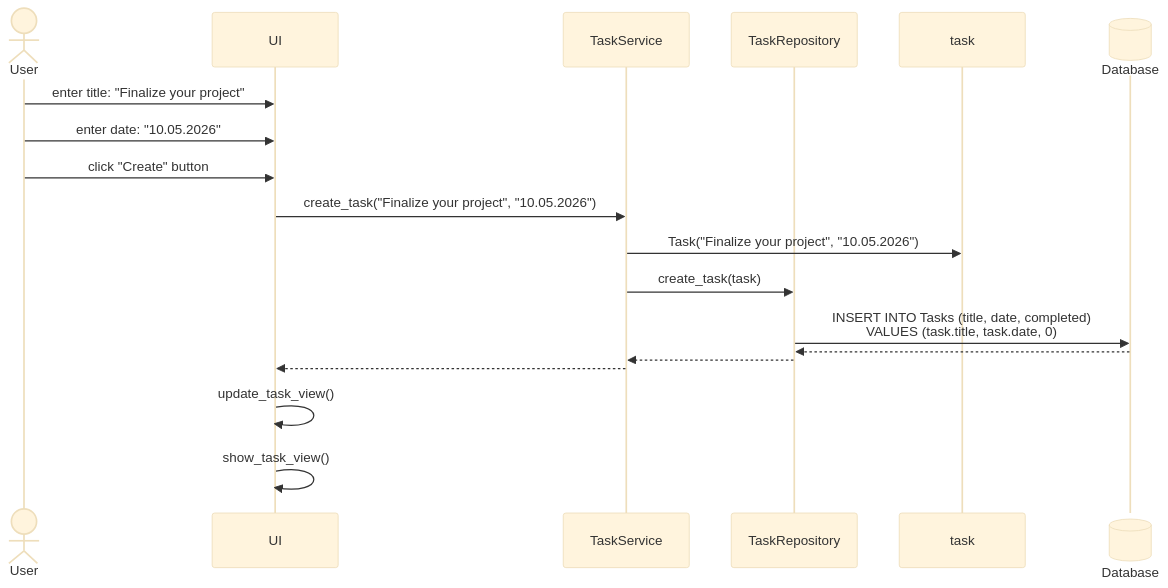
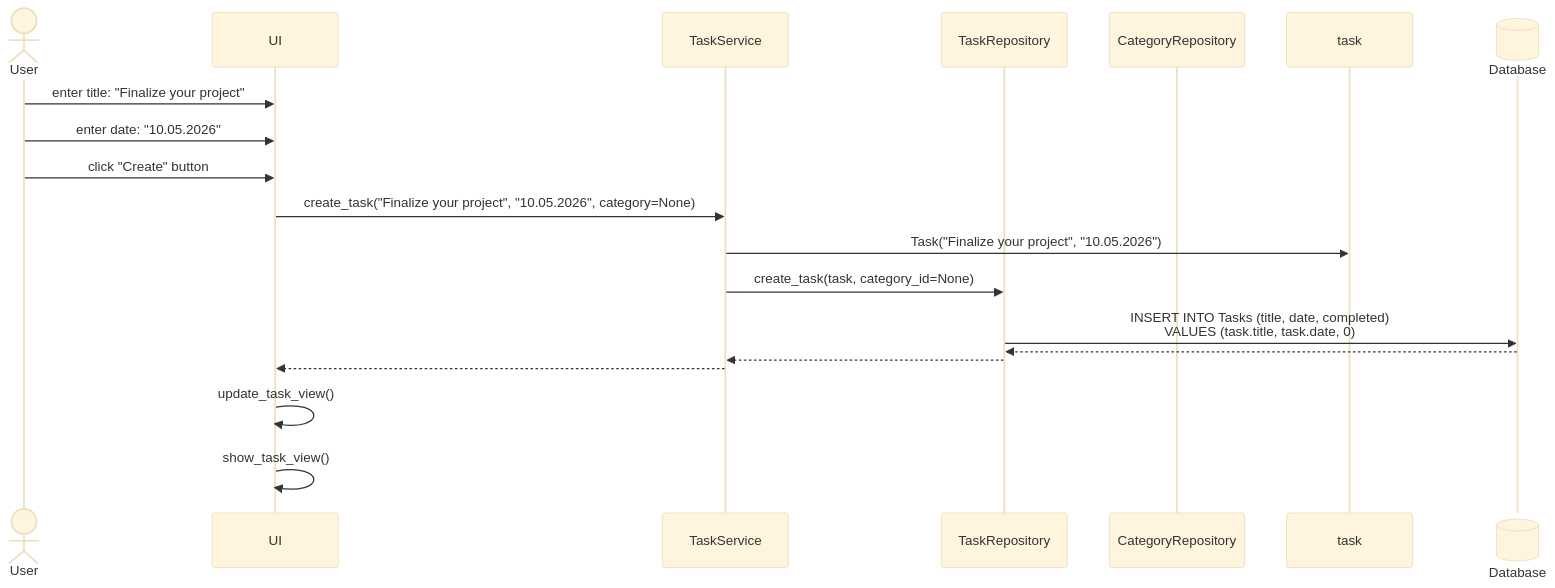
The second of 3 diagrams in dokumentaatio/arkkitehtuuri.md (eesalor/ot-harjoitustyo), drawn with Mermaid (base theme) before and after one commit. The commit also changed other lines of this file, not shown here.

Commit message:
Update arkkitehtuuri.md: Update sequence diagrams and add description of program functionality

````diff
--- a/dokumentaatio/arkkitehtuuri.md
+++ b/dokumentaatio/arkkitehtuuri.md
@@ -64,22 +64,23 @@
 ```mermaid
 sequenceDiagram
   actor User
   participant UI
   participant TaskService
   participant TaskRepository
+  participant CategoryRepository
   participant task
   participant Database@{ "type" : "database" }
 
   User->>UI: enter title: "Finalize your project"
   User->>UI: enter date: "10.05.2026"
   User->>UI: click "Create" button
-  UI->>TaskService: create_task("Finalize your project", "10.05.2026")
+  UI->>TaskService: create_task("Finalize your project", "10.05.2026", category=None)
   TaskService->>task: Task("Finalize your project", "10.05.2026")
-  TaskService->>TaskRepository: create_task(task)
+  TaskService->>TaskRepository: create_task(task, category_id=None)
   TaskRepository->>Database: INSERT INTO Tasks (title, date, completed) <br/>VALUES (task.title, task.date, 0);
   Database-->>TaskRepository:
   TaskRepository-->>TaskService:
   TaskService-->>UI:
   UI->>UI: update_task_view()
   UI->>UI: show_task_view()
 ```
````
